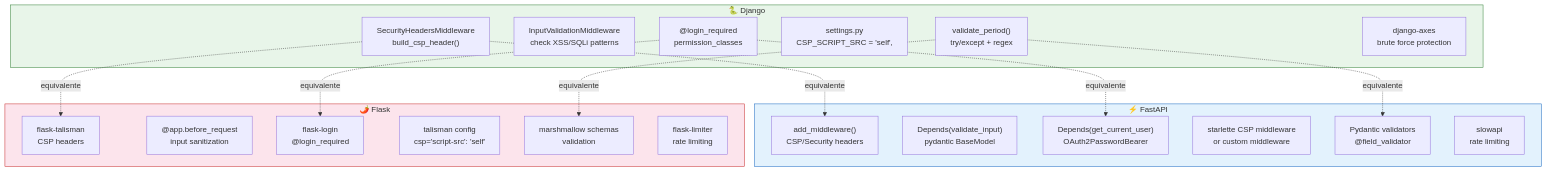
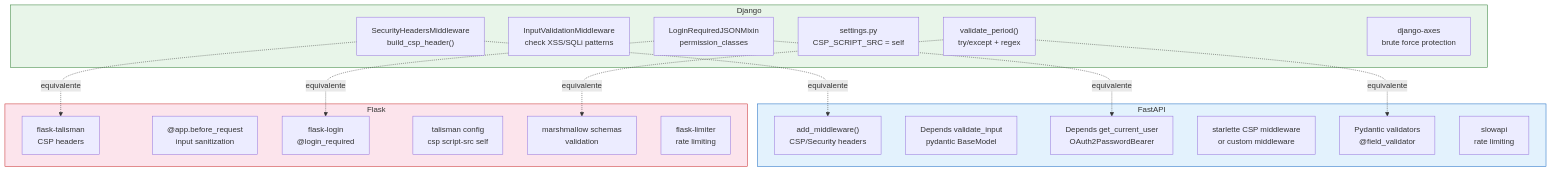
One commit to EstebanCabreraArbizu/DS_Asigando-Vs-Servicio-Vivo changed the third of 3 diagrams in docs/SECURITY_HARDENING.md. Above: the diagram before and after it, drawn with Mermaid. The commit also changed other lines of this file and 5 other files, not shown here.

````diff
--- a/docs/SECURITY_HARDENING.md
+++ b/docs/SECURITY_HARDENING.md
@@ -96,40 +107,40 @@
 ```mermaid
 graph TD
-    subgraph Django["🐍 Django"]
+    subgraph Django["Django"]
         DJ1["SecurityHeadersMiddleware\nbuild_csp_header()"]
         DJ2["InputValidationMiddleware\ncheck XSS/SQLi patterns"]
-        DJ3["@login_required\npermission_classes"]
-        DJ4["settings.py\nCSP_SCRIPT_SRC = 'self',"]
+        DJ3["LoginRequiredJSONMixin\npermission_classes"]
+        DJ4["settings.py\nCSP_SCRIPT_SRC = self"]
         DJ5["validate_period()\ntry/except + regex"]
         DJ6["django-axes\nbrute force protection"]
     end
 
-    subgraph FastAPI["⚡ FastAPI"]
+    subgraph FastAPI["FastAPI"]
         FA1["add_middleware()\nCSP/Security headers"]
-        FA2["Depends(validate_input)\npydantic BaseModel"]
-        FA3["Depends(get_current_user)\nOAuth2PasswordBearer"]
+        FA2["Depends validate_input\npydantic BaseModel"]
+        FA3["Depends get_current_user\nOAuth2PasswordBearer"]
         FA4["starlette CSP middleware\nor custom middleware"]
         FA5["Pydantic validators\n@field_validator"]
         FA6["slowapi\nrate limiting"]
     end
 
-    subgraph Flask["🌶️ Flask"]
+    subgraph Flask["Flask"]
         FL1["flask-talisman\nCSP headers"]
         FL2["@app.before_request\ninput sanitization"]
         FL3["flask-login\n@login_required"]
-        FL4["talisman config\ncsp='script-src': 'self'"]
+        FL4["talisman config\ncsp script-src self"]
         FL5["marshmallow schemas\nvalidation"]
         FL6["flask-limiter\nrate limiting"]
     end
 
     DJ1 -.->|equivalente| FA1
     DJ1 -.->|equivalente| FL1
     DJ3 -.->|equivalente| FA3
     DJ3 -.->|equivalente| FL3
     DJ5 -.->|equivalente| FA5
     DJ5 -.->|equivalente| FL5
 
     style Django fill:#e8f5e9,stroke:#2e7d32
     style FastAPI fill:#e3f2fd,stroke:#1565c0
     style Flask fill:#fce4ec,stroke:#c62828
 ```
````
